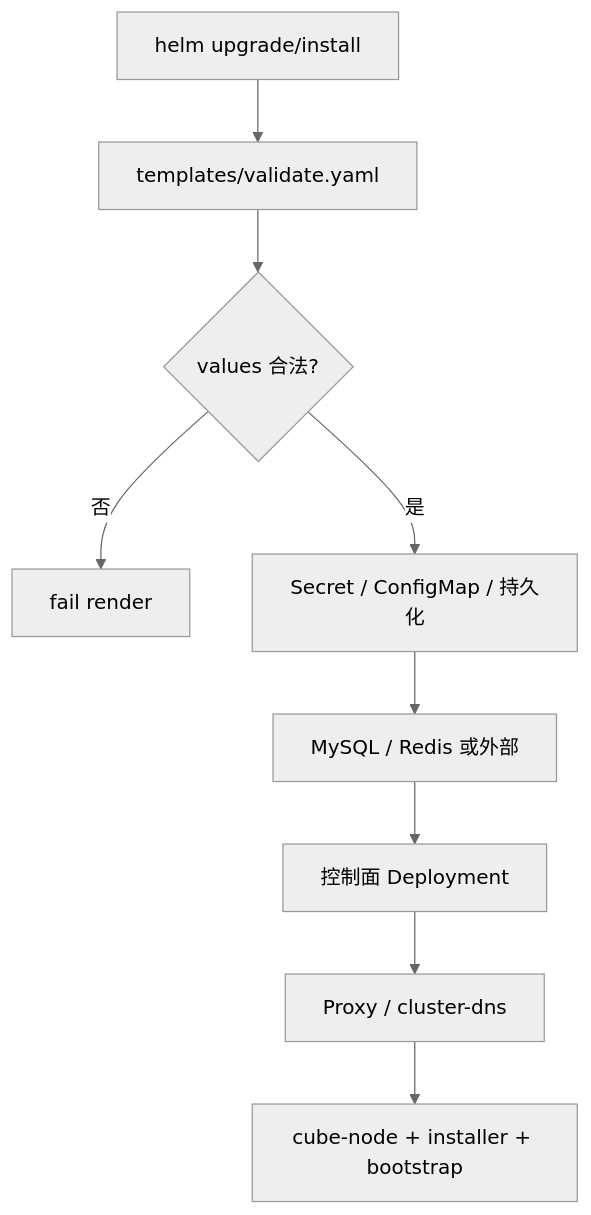
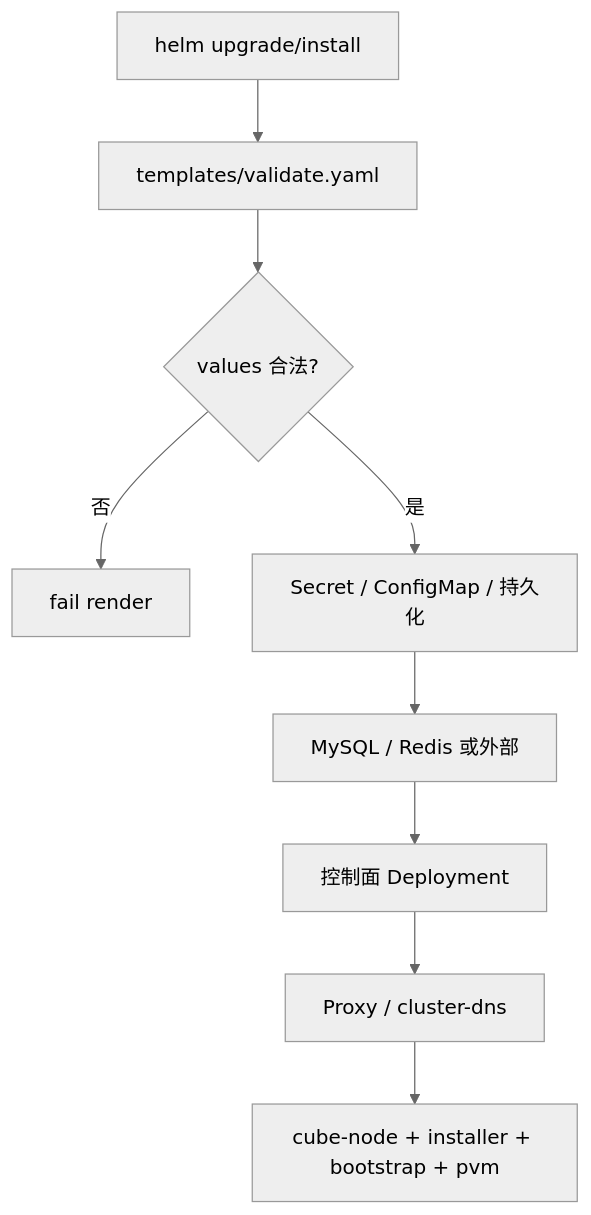
Before and after one commit to TencentCloud/CubeSandbox: the third of 9 diagrams in deploy/kubernetes/chart/docs/ARCHITECTURE.md, drawn with Mermaid (neutral theme). The commit also changed other lines of this file and 21 other files, not shown here.

First line of the commit message:
feat(kubernetes): split PVM host bootstrap into dedicated DaemonSet

````diff
--- a/deploy/kubernetes/chart/docs/ARCHITECTURE.md
+++ b/deploy/kubernetes/chart/docs/ARCHITECTURE.md
@@ -170,11 +198,11 @@
 ```mermaid
 flowchart TD
   A["helm upgrade/install"] --> B["templates/validate.yaml"]
   B --> C{"values 合法?"}
   C -- 否 --> X["fail render"]
   C -- 是 --> D["Secret / ConfigMap / 持久化"]
   D --> E["MySQL / Redis 或外部"]
   E --> F["控制面 Deployment"]
   F --> G["Proxy / cluster-dns"]
-  G --> H["cube-node + installer + bootstrap"]
+  G --> H["cube-node + installer + bootstrap + pvm"]
 ```
````
